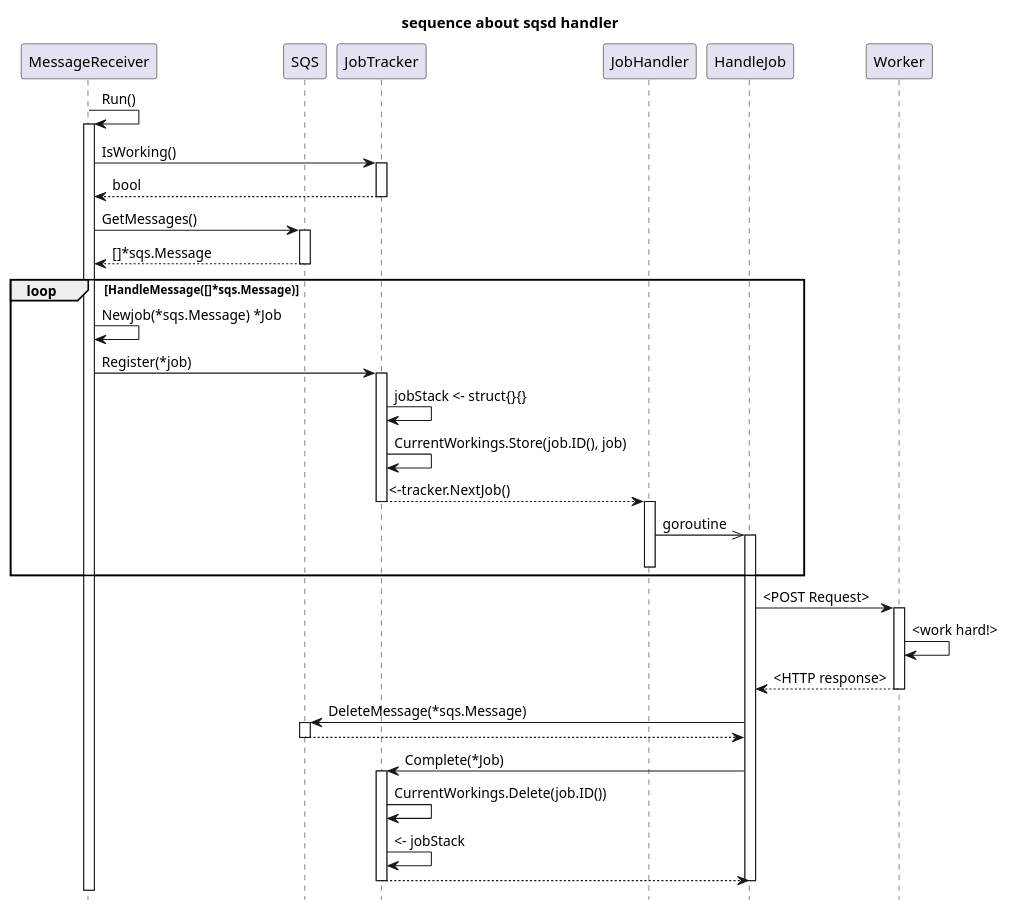
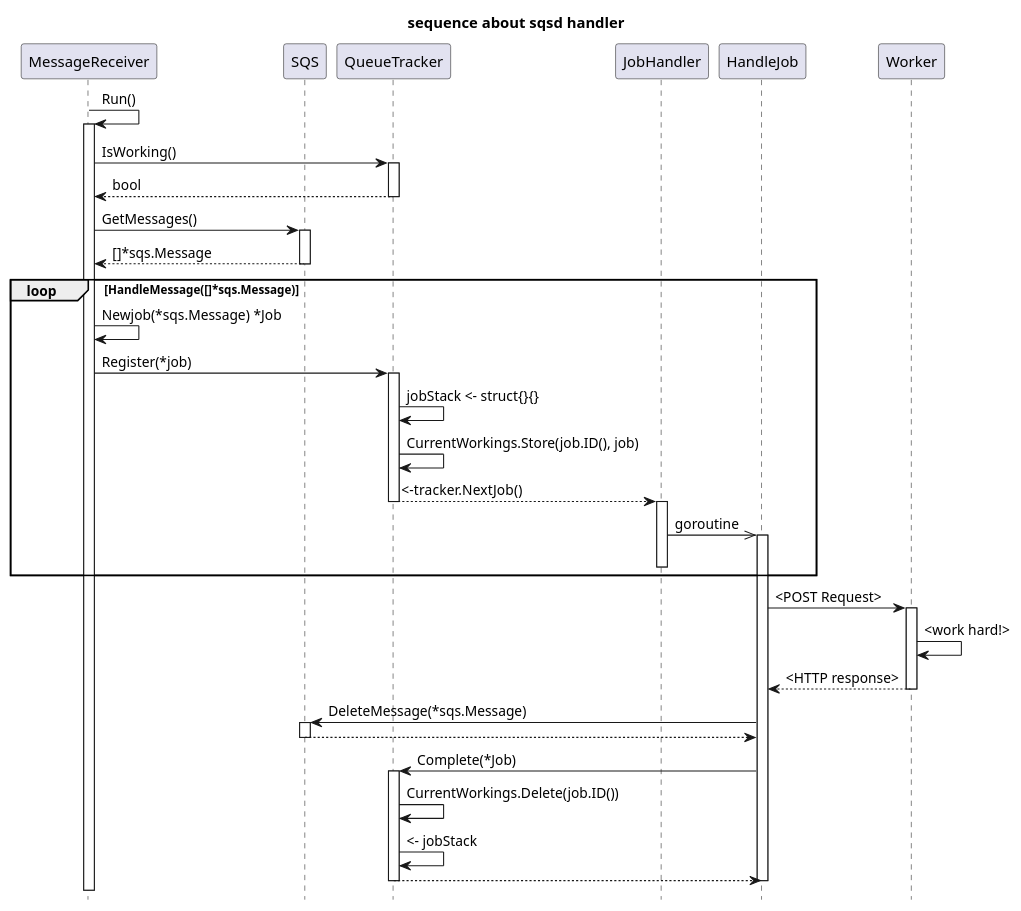
The diagram in doc/msg_handler_sequence.puml (taiyoh/sqsd), drawn with PlantUML before and after one commit. The commit also changed 10 other files, not shown here.

Commit message:
JobTracker -> QueueTracker

```diff
--- a/doc/msg_handler_sequence.puml
+++ b/doc/msg_handler_sequence.puml
@@ -1,59 +1,59 @@
 @startuml
 
 title "sequence about sqsd handler"
 hide footbox
 
 participant MessageReceiver
 participant SQS
-participant JobTracker
+participant QueueTracker
 participant JobHandler
 participant HandleJob
 participant Worker
 
 MessageReceiver -> MessageReceiver : Run()
 activate MessageReceiver
 
-MessageReceiver -> JobTracker : IsWorking()
-activate JobTracker
-MessageReceiver <-- JobTracker : bool
-deactivate JobTracker
+MessageReceiver -> QueueTracker : IsWorking()
+activate QueueTracker
+MessageReceiver <-- QueueTracker : bool
+deactivate QueueTracker
 
 MessageReceiver -> SQS : GetMessages()
 activate SQS
 MessageReceiver <-- SQS : []*sqs.Message
 deactivate SQS
 
 loop HandleMessage([]*sqs.Message)
   MessageReceiver -> MessageReceiver : Newjob(*sqs.Message) *Job
-  MessageReceiver -> JobTracker : Register(*job)
-  activate JobTracker
+  MessageReceiver -> QueueTracker : Register(*job)
+  activate QueueTracker
 
-  JobTracker -> JobTracker : jobStack <- struct{}{}
-  JobTracker -> JobTracker : CurrentWorkings.Store(job.ID(), job)
-  JobHandler <-- JobTracker : <-tracker.NextJob()
-  deactivate JobTracker
+  QueueTracker -> QueueTracker : jobStack <- struct{}{}
+  QueueTracker -> QueueTracker : CurrentWorkings.Store(job.ID(), job)
+  JobHandler <-- QueueTracker : <-tracker.NextJob()
+  deactivate QueueTracker
   activate JobHandler
 
   JobHandler ->> HandleJob : goroutine
   activate HandleJob
   deactivate JobHandler
 end
 
 HandleJob -> Worker : <POST Request>
 activate Worker
 Worker -> Worker : <work hard!>
 HandleJob <-- Worker : <HTTP response>
 deactivate Worker
 HandleJob -> SQS : DeleteMessage(*sqs.Message)
 activate SQS
 HandleJob <-- SQS
 deactivate SQS
-HandleJob -> JobTracker : Complete(*Job)
-activate JobTracker
-JobTracker -> JobTracker : CurrentWorkings.Delete(job.ID())
-JobTracker -> JobTracker : <- jobStack
-HandleJob <-- JobTracker
-deactivate JobTracker
+HandleJob -> QueueTracker : Complete(*Job)
+activate QueueTracker
+QueueTracker -> QueueTracker : CurrentWorkings.Delete(job.ID())
+QueueTracker -> QueueTracker : <- jobStack
+HandleJob <-- QueueTracker
+deactivate QueueTracker
 deactivate HandleJob
 
 @enduml
```
